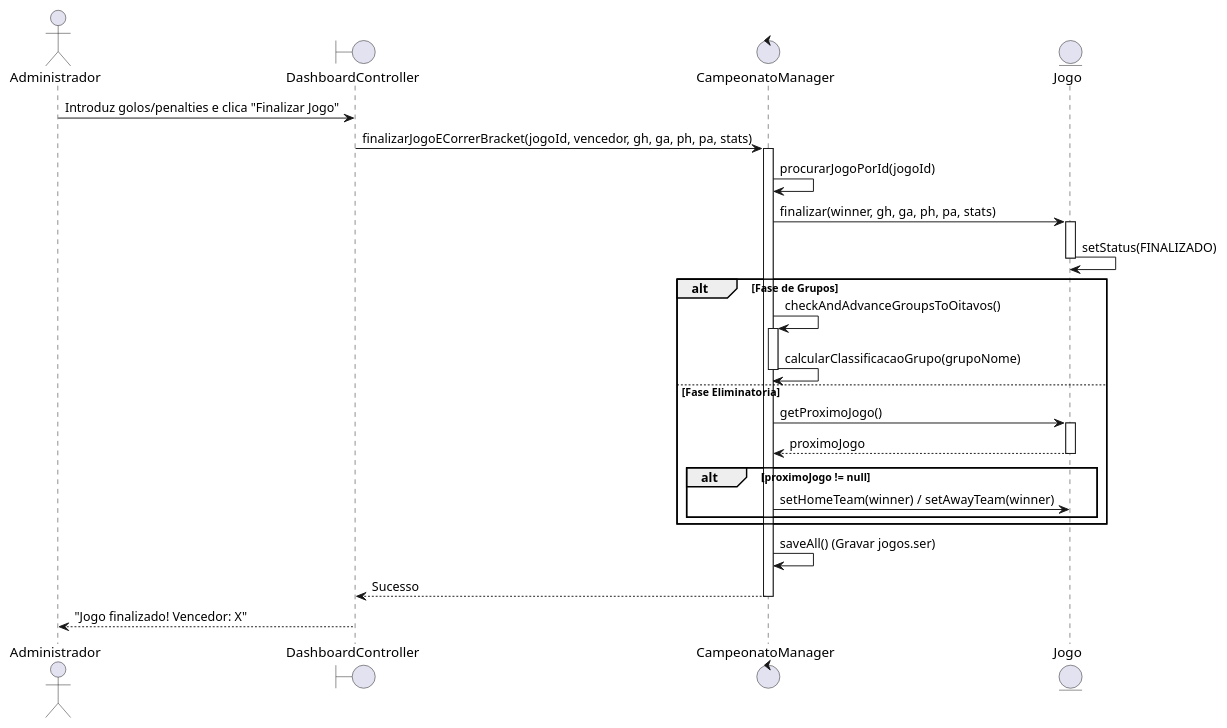
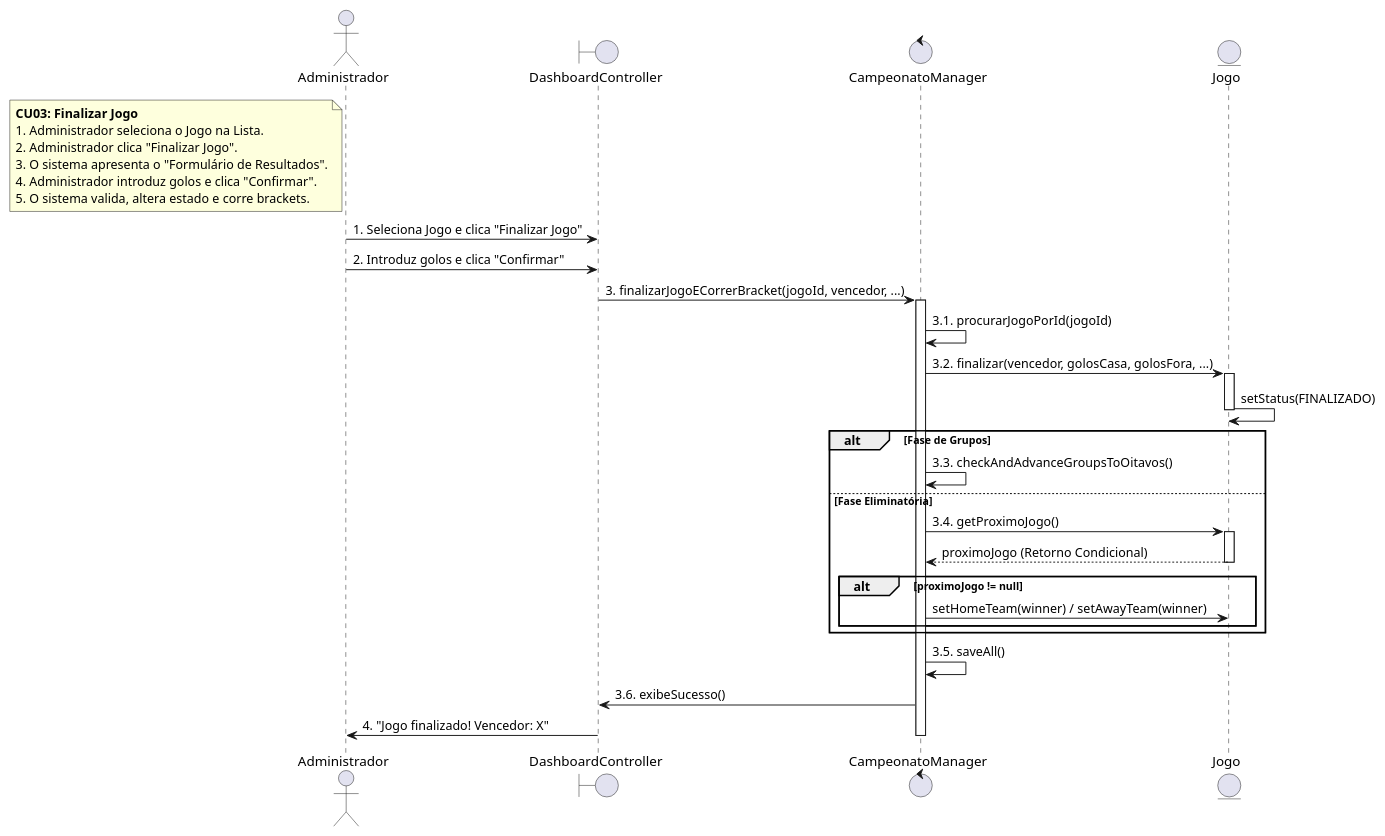
The tenth of 13 diagrams in documentacao_fase2/7_diagramas_vp.md (experimentos373-creator/ES), drawn with PlantUML before and after one commit. The commit also changed other lines of this file and 113 other files, not shown here.

````diff
--- a/documentacao_fase2/7_diagramas_vp.md
+++ b/documentacao_fase2/7_diagramas_vp.md
@@ -180,35 +301,42 @@
 ```plantuml
 @startuml
 actor "Administrador" as A
 boundary "DashboardController" as B
 control "CampeonatoManager" as C
 entity "Jogo" as J
 
-A -> B: Introduz golos/penalties e clica "Finalizar Jogo"
-B -> C: finalizarJogoECorrerBracket(jogoId, vencedor, gh, ga, ph, pa, stats)
+note left of A
+  **CU03: Finalizar Jogo**
+  1. Administrador seleciona o Jogo na Lista.
+  2. Administrador clica "Finalizar Jogo".
+  3. O sistema apresenta o "Formulário de Resultados".
+  4. Administrador introduz golos e clica "Confirmar".
+  5. O sistema valida, altera estado e corre brackets.
+end note
+
+A -> B: 1. Seleciona Jogo e clica "Finalizar Jogo"
+A -> B: 2. Introduz golos e clica "Confirmar"
+B -> C: 3. finalizarJogoECorrerBracket(jogoId, vencedor, ...)
 activate C
-C -> C: procurarJogoPorId(jogoId)
-C -> J: finalizar(winner, gh, ga, ph, pa, stats)
+C -> C: 3.1. procurarJogoPorId(jogoId)
+C -> J: 3.2. finalizar(vencedor, golosCasa, golosFora, ...)
 activate J
 J -> J: setStatus(FINALIZADO)
 deactivate J
 alt Fase de Grupos
-    C -> C: checkAndAdvanceGroupsToOitavos()
-    activate C
-    C -> C: calcularClassificacaoGrupo(grupoNome)
-    deactivate C
-else Fase Eliminatoria
-    C -> J: getProximoJogo()
+    C -> C: 3.3. checkAndAdvanceGroupsToOitavos()
+else Fase Eliminatória
+    C -> J: 3.4. getProximoJogo()
     activate J
-    J --> C: proximoJogo
+    J --> C: proximoJogo (Retorno Condicional)
     deactivate J
     alt proximoJogo != null
         C -> J: setHomeTeam(winner) / setAwayTeam(winner)
     end
 end
-C -> C: saveAll() (Gravar jogos.ser)
-C --> B: Sucesso
+C -> C: 3.5. saveAll()
+C -> B: 3.6. exibeSucesso()
+B -> A: 4. "Jogo finalizado! Vencedor: X"
 deactivate C
-B --> A: "Jogo finalizado! Vencedor: X"
-@endum
+@enduml
 ```
````
